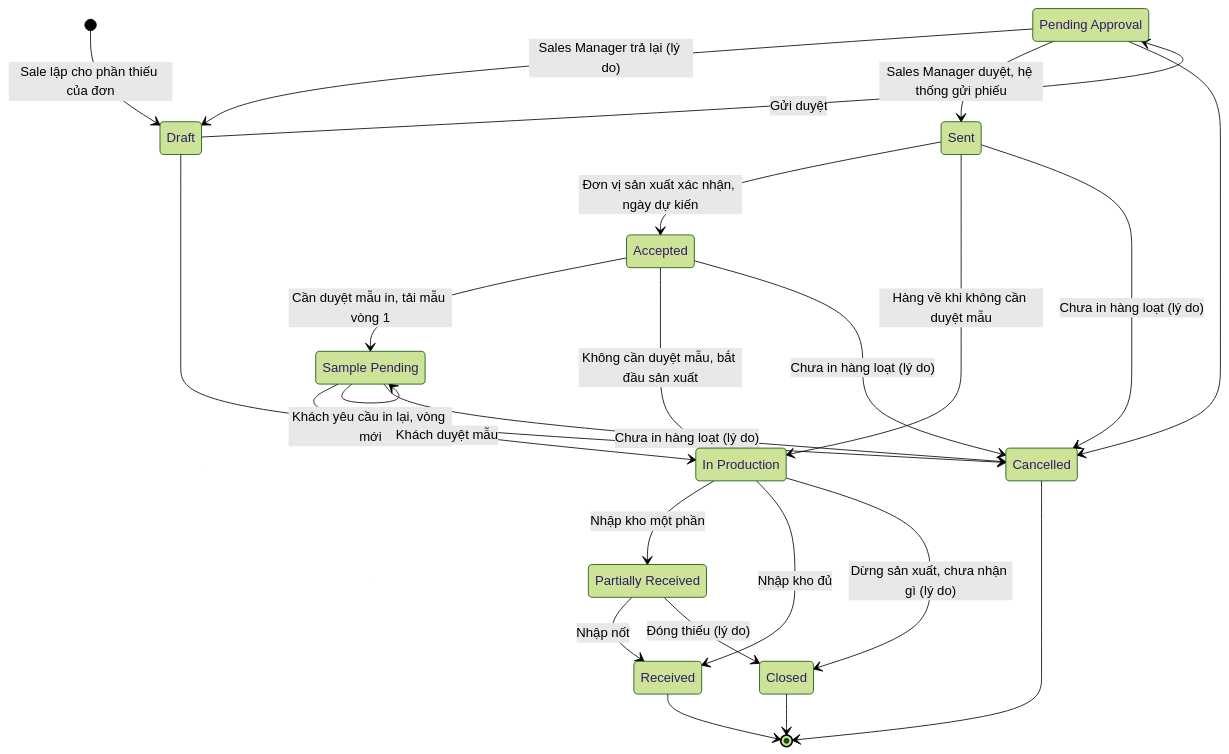
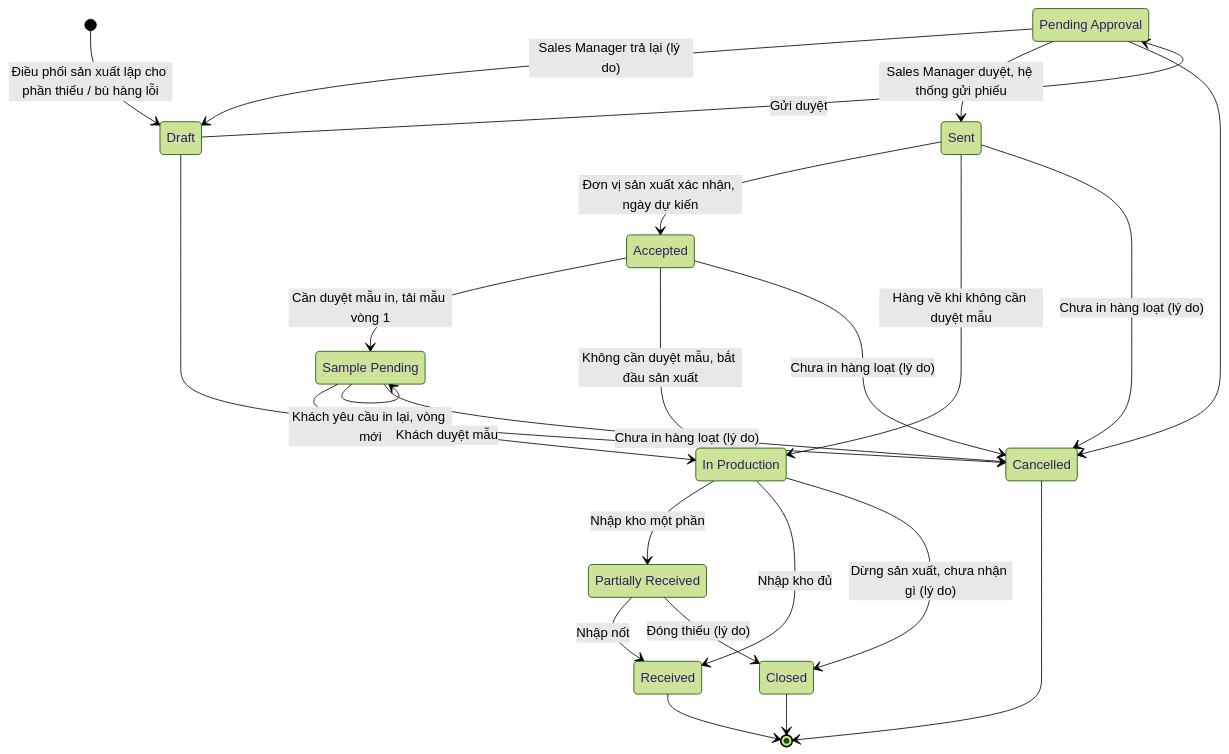
Before and after one commit to KLTN-FA26/docs: the sixth of 18 diagrams in docs/diagrams/README.md, drawn with Mermaid (forest theme). The commit also changed other lines of this file and 13 other files, not shown here.

````diff
--- a/docs/diagrams/README.md
+++ b/docs/diagrams/README.md
@@ -409,31 +414,31 @@
 ```mermaid
 stateDiagram-v2
     state "Pending Approval" as PendingApproval
     state "Sample Pending" as SamplePending
     state "In Production" as InProduction
     state "Partially Received" as PartiallyReceived
 
-    [*] --> Draft: Sale lập cho phần thiếu của đơn
+    [*] --> Draft: Điều phối sản xuất lập cho phần thiếu / bù hàng lỗi
     Draft --> PendingApproval: Gửi duyệt
     PendingApproval --> Draft: Sales Manager trả lại (lý do)
     PendingApproval --> Sent: Sales Manager duyệt, hệ thống gửi phiếu
     Sent --> Accepted: Đơn vị sản xuất xác nhận, ngày dự kiến
     Accepted --> SamplePending: Cần duyệt mẫu in, tải mẫu vòng 1
     SamplePending --> SamplePending: Khách yêu cầu in lại, vòng mới
     SamplePending --> InProduction: Khách duyệt mẫu
     Accepted --> InProduction: Không cần duyệt mẫu, bắt đầu sản xuất
     Sent --> InProduction: Hàng về khi không cần duyệt mẫu
     InProduction --> PartiallyReceived: Nhập kho một phần
     InProduction --> Received: Nhập kho đủ
     PartiallyReceived --> Received: Nhập nốt
     PartiallyReceived --> Closed: Đóng thiếu (lý do)
     InProduction --> Closed: Dừng sản xuất, chưa nhận gì (lý do)
     Draft --> Cancelled
     PendingApproval --> Cancelled
     Sent --> Cancelled: Chưa in hàng loạt (lý do)
     Accepted --> Cancelled: Chưa in hàng loạt (lý do)
     SamplePending --> Cancelled: Chưa in hàng loạt (lý do)
     Received --> [*]
     Closed --> [*]
     Cancelled --> [*]
 ```
````
